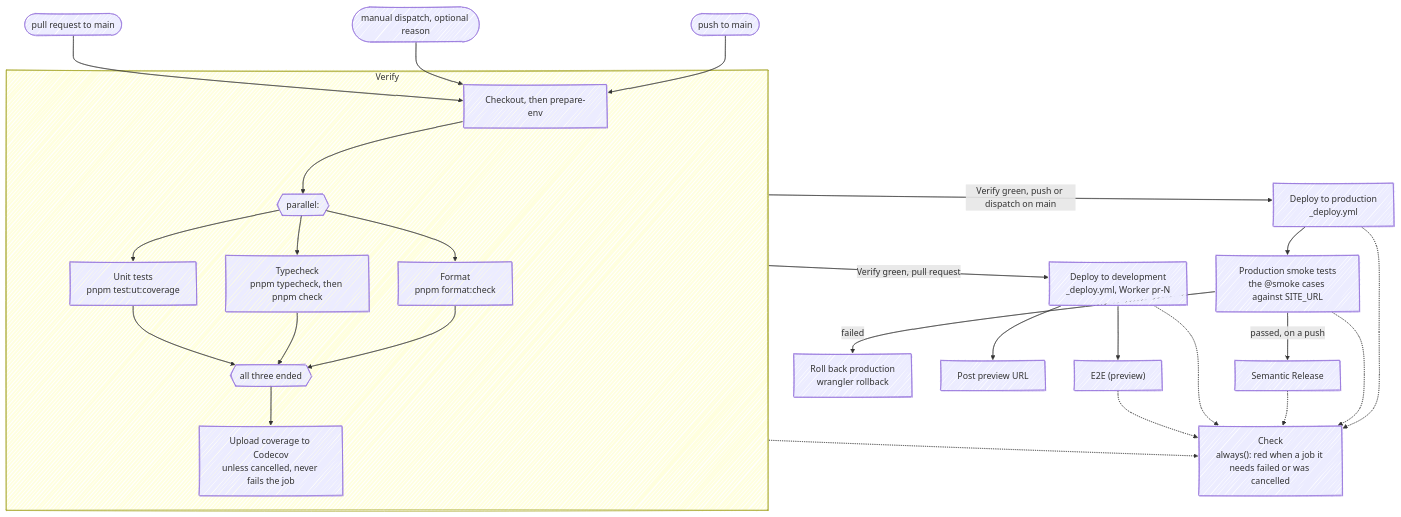
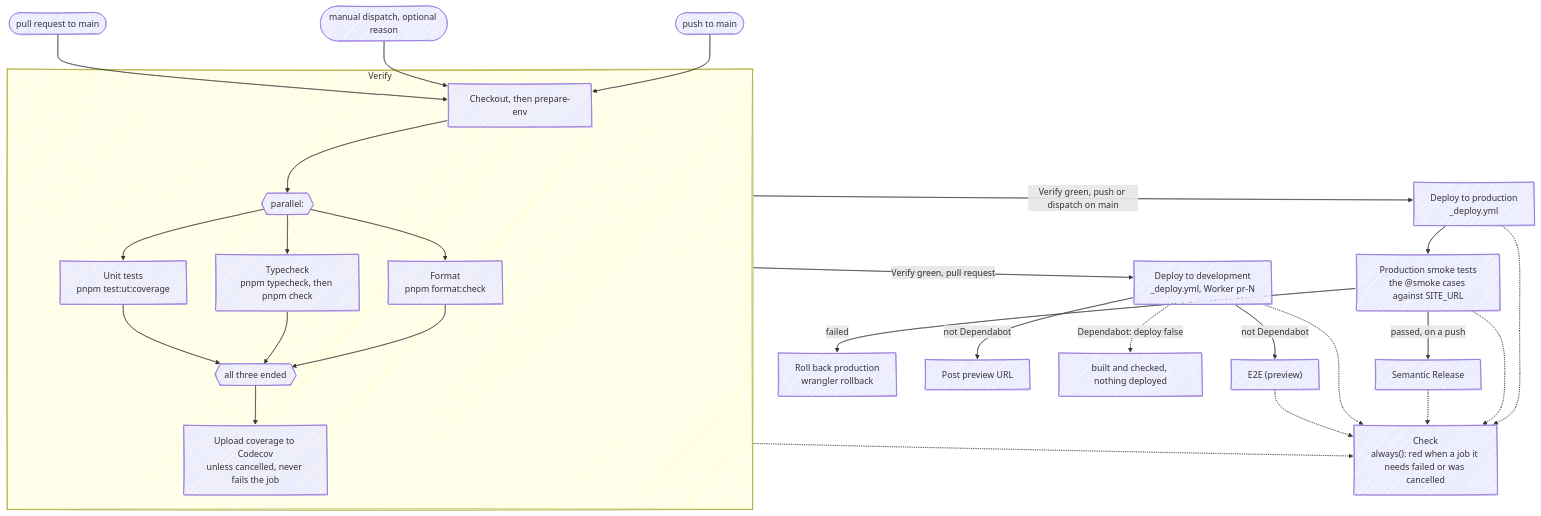
The first of 3 diagrams in docs/wiki/CI-CD.md (fbuireu/biancafiore), drawn with Mermaid before and after one commit. The commit also changed other lines of this file and 1 other file, not shown here.

First line of the commit message:
docs: draw the Dependabot pull request's build-only path in the CI diagrams

````diff
--- a/docs/wiki/CI-CD.md
+++ b/docs/wiki/CI-CD.md
@@ -28,35 +28,36 @@
 ```mermaid
 ---
 config:
   look: handDrawn
   layout: dagre
 ---
 flowchart TB
     push(["push to main"]) --> prepare
     dispatch(["manual dispatch, optional reason"]) --> prepare
     pr(["pull request to main"]) --> prepare
     subgraph verify["Verify"]
         prepare["Checkout, then prepare-env"] --> fork{{"parallel:"}}
         fork --> format["Format<br/>pnpm format:check"]
         fork --> typecheck["Typecheck<br/>pnpm typecheck, then pnpm check"]
         fork --> unit["Unit tests<br/>pnpm test:ut:coverage"]
         format --> join{{"all three ended"}}
         typecheck --> join
         unit --> join
         join --> codecov["Upload coverage to Codecov<br/>unless cancelled, never fails the job"]
     end
     verify -- "Verify green, push or dispatch on main" --> production["Deploy to production<br/>_deploy.yml"]
     production --> smoke["Production smoke tests<br/>the @smoke cases against SITE_URL"]
     smoke -- "failed" --> rollback["Roll back production<br/>wrangler rollback"]
     smoke -- "passed, on a push" --> release["Semantic Release"]
     verify -- "Verify green, pull request" --> development["Deploy to development<br/>_deploy.yml, Worker pr-N"]
-    development --> comment["Post preview URL"]
-    development --> e2e["E2E (preview)"]
+    development -- "not Dependabot" --> comment["Post preview URL"]
+    development -- "not Dependabot" --> e2e["E2E (preview)"]
+    development -. "Dependabot: deploy false" .-> built["built and checked, nothing deployed"]
     check["Check<br/>always(): red when a job it needs failed or was cancelled"]
     verify -.-> check
     production -.-> check
     smoke -.-> check
     release -.-> check
     development -.-> check
     e2e -.-> check
 ```
````
